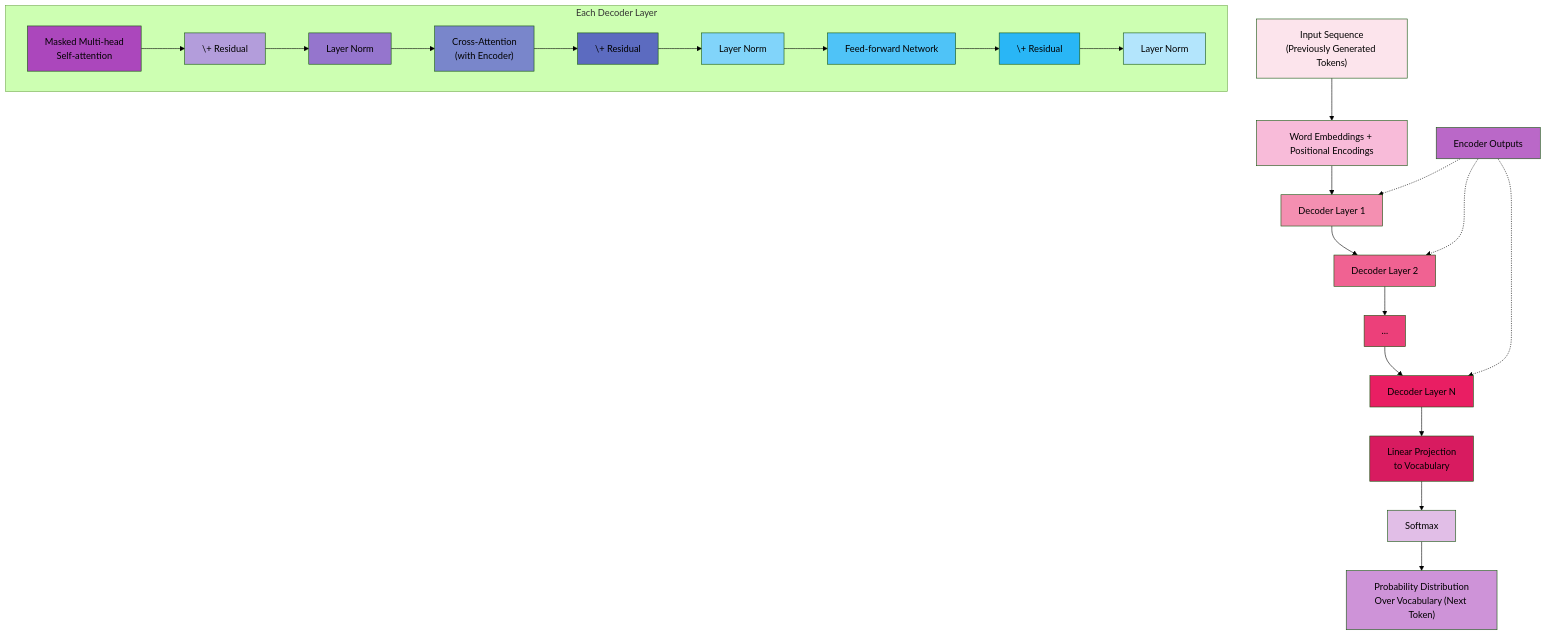
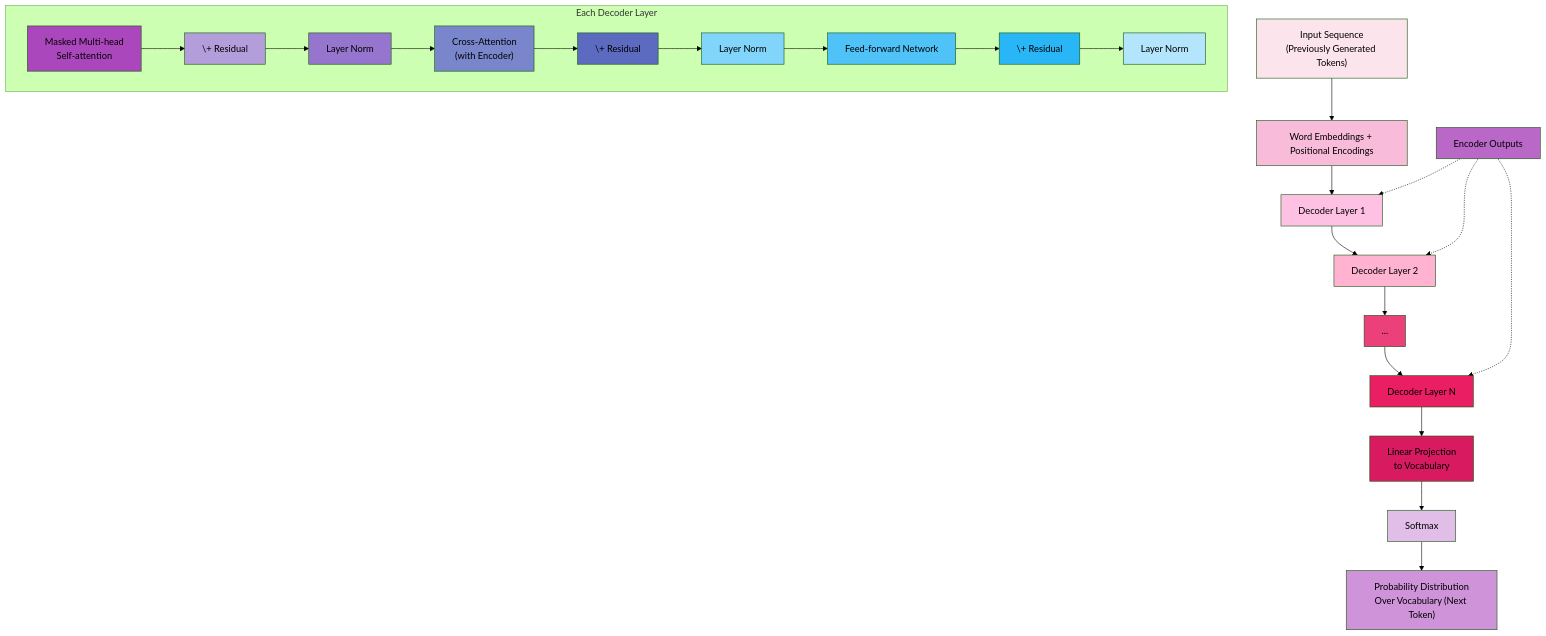
The eighth of 13 diagrams in C_3.md (Chaklader/movie_sentiment_analysis), drawn with Mermaid (forest theme) before and after one commit. The commit also changed other lines of this file, not shown here.

````diff
--- a/C_3.md
+++ b/C_3.md
@@ -2571,48 +2549,48 @@
 ```mermaid
 flowchart TD
     A["Input Sequence<br/>(Previously Generated Tokens)"] --> B["Word Embeddings + Positional Encodings"]
 
     B --> C1["Decoder Layer 1"]
     C1 --> C2["Decoder Layer 2"]
     C2 --> C3["..."]
     C3 --> CN["Decoder Layer N"]
 
     EN["Encoder Outputs"] -.-> C1
     EN -.-> C2
     EN -.-> CN
 
     CN --> D["Linear Projection<br/>to Vocabulary"]
     D --> E["Softmax"]
     E --> F["Probability Distribution<br/>Over Vocabulary (Next Token)"]
 
     subgraph LAYER ["Each Decoder Layer"]
         G["Masked Multi-head<br/>Self-attention"] --> H["\+ Residual"]
         H --> I["Layer Norm"]
         I --> J["Cross-Attention<br/>(with Encoder)"]
         J --> K["\+ Residual"]
         K --> L["Layer Norm"]
         L --> M["Feed-forward Network"]
         M --> N["\+ Residual"]
         N --> O["Layer Norm"]
     end
 
     style A fill:#FCE4EC
     style B fill:#F8BBD9
-    style C1 fill:#F48FB1
-    style C2 fill:#F06292
+    style C1 fill:#FFC1E3
+    style C2 fill:#FFB3D1
     style C3 fill:#EC407A
     style CN fill:#E91E63
     style D fill:#D81B60
     style E fill:#E1BEE7
     style F fill:#CE93D8
     style EN fill:#BA68C8
     style G fill:#AB47BC
     style H fill:#B39DDB
     style I fill:#9575CD
     style J fill:#7986CB
     style K fill:#5C6BC0
     style L fill:#81D4FA
     style M fill:#4FC3F7
     style N fill:#29B6F6
     style O fill:#B3E5FC
 ```
````
